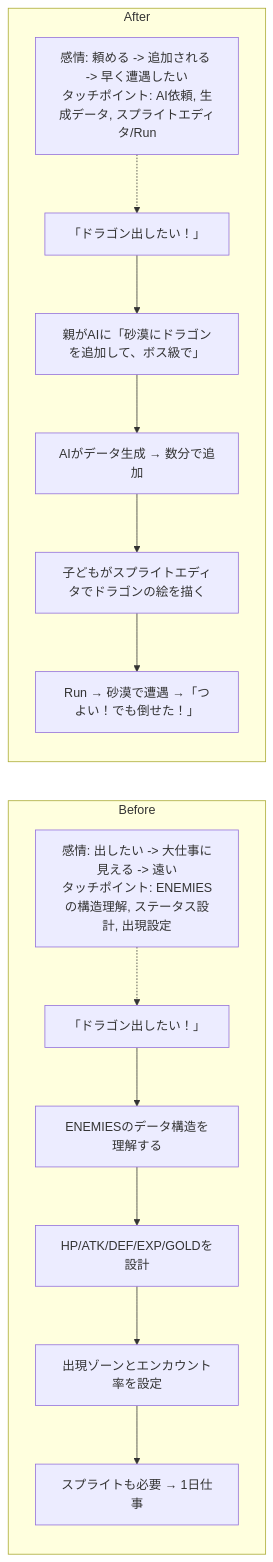
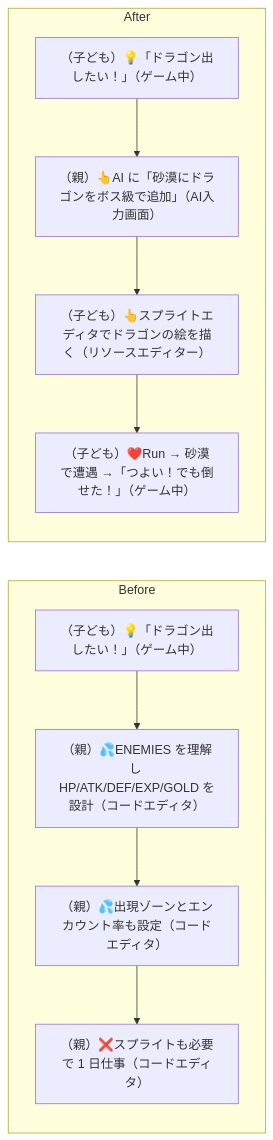
Diagram 12 of 42 in docs/customer-journeys.md (tatsuro-ueda/code-quest-pyxel), drawn with Mermaid before and after one commit. The commit also changed other lines of this file and 20 other files, not shown here.

````diff
--- a/docs/customer-journeys.md
+++ b/docs/customer-journeys.md
@@ -355,19 +336,15 @@
 ```mermaid
 flowchart LR
     subgraph Before["Before"]
-        BM["感情: 出したい -> 大仕事に見える -> 遠い<br/>タッチポイント: ENEMIESの構造理解, ステータス設計, 出現設定"]
-        BM -.-> B1
-        B1[「ドラゴン出したい！」] --> B2[ENEMIESのデータ構造を理解する]
-        B2 --> B3[HP/ATK/DEF/EXP/GOLDを設計]
-        B3 --> B4[出現ゾーンとエンカウント率を設定]
-        B4 --> B5[スプライトも必要 → 1日仕事]
+        B1[（子ども）💡「ドラゴン出したい！」（ゲーム中）]
+        B1 --> B2[（親）💦ENEMIES を理解し HP/ATK/DEF/EXP/GOLD を設計（コードエディタ）]
+        B2 --> B3[（親）💦出現ゾーンとエンカウント率も設定（コードエディタ）]
+        B3 --> B4[（親）❌スプライトも必要で 1 日仕事（コードエディタ）]
     end
     subgraph After["After"]
-        AM["感情: 頼める -> 追加される -> 早く遭遇したい<br/>タッチポイント: AI依頼, 生成データ, スプライトエディタ/Run"]
-        AM -.-> A1
-        A1[「ドラゴン出したい！」] --> A2[親がAIに「砂漠にドラゴンを追加して、ボス級で」]
-        A2 --> A3[AIがデータ生成 → 数分で追加]
-        A3 --> A4[子どもがスプライトエディタでドラゴンの絵を描く]
-        A4 --> A5[Run → 砂漠で遭遇 →「つよい！でも倒せた！」]
+        A1[（子ども）💡「ドラゴン出したい！」（ゲーム中）]
+        A1 --> A2[（親）👆AI に「砂漠にドラゴンをボス級で追加」（AI入力画面）]
+        A2 --> A3[（子ども）👆スプライトエディタでドラゴンの絵を描く（リソースエディター）]
+        A3 --> A4[（子ども）❤️Run → 砂漠で遭遇 →「つよい！でも倒せた！」（ゲーム中）]
     end
 ```
````
